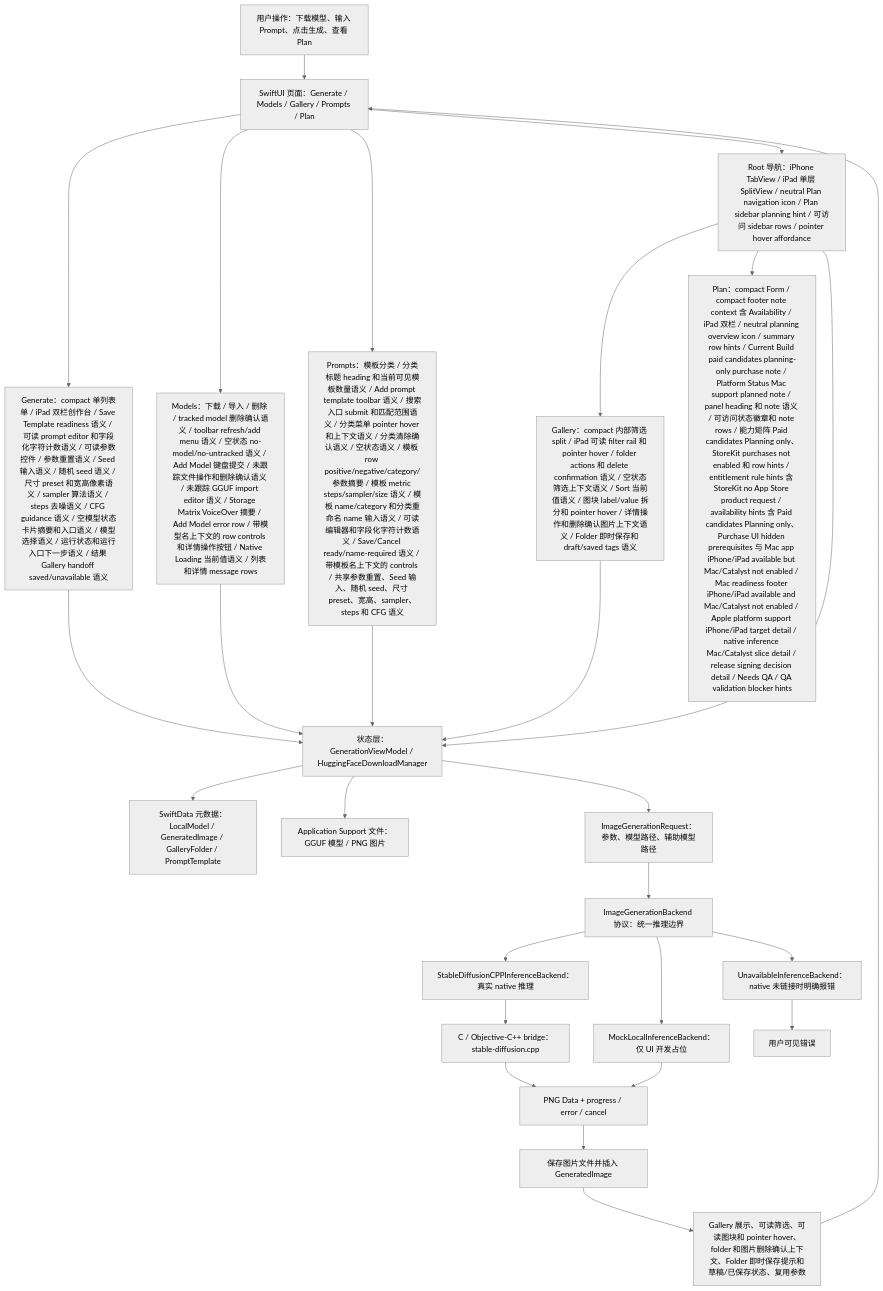
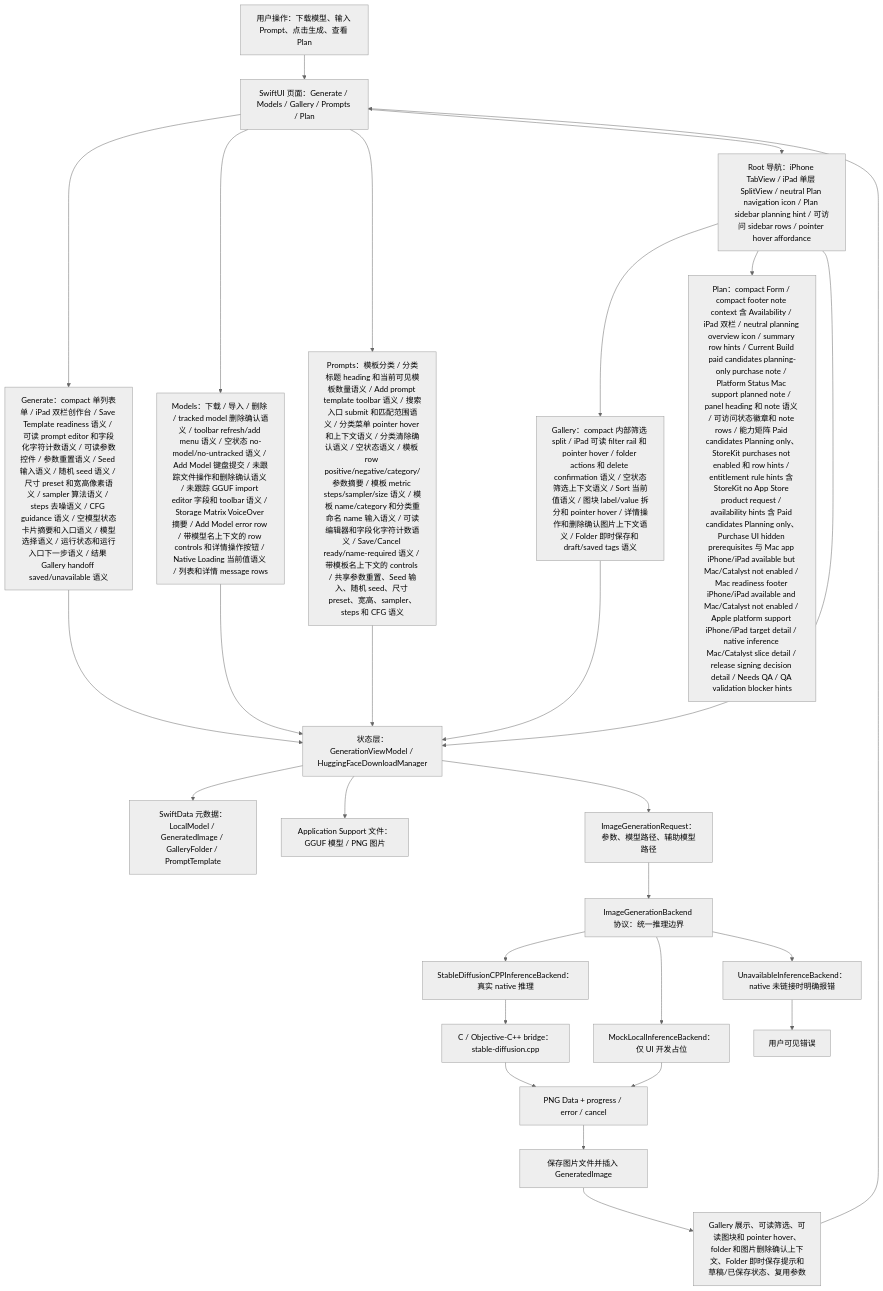
Before and after one commit to Altman-sam114/118: the first of 7 diagrams in md/flow/flowchart.md, drawn with Mermaid (neutral theme). The commit also changed other lines of this file and 5 other files, not shown here.

First line of the commit message:
v1.106: Models untracked import field semantics

````diff
--- a/md/flow/flowchart.md
+++ b/md/flow/flowchart.md
@@ -9,29 +9,29 @@
 ```mermaid
 flowchart TD
   U["用户操作：下载模型、输入 Prompt、点击生成、查看 Plan"] --> UI["SwiftUI 页面：Generate / Models / Gallery / Prompts / Plan"]
   UI --> GENUI["Generate：compact 单列表单 / iPad 双栏创作台 / Save Template readiness 语义 / 可读 prompt editor 和字段化字符计数语义 / 可读参数控件 / 参数重置语义 / Seed 输入语义 / 随机 seed 语义 / 尺寸 preset 和宽高像素语义 / sampler 算法语义 / steps 去噪语义 / CFG guidance 语义 / 空模型状态卡片摘要和入口语义 / 模型选择语义 / 运行状态和运行入口下一步语义 / 结果 Gallery handoff saved/unavailable 语义"]
-  UI --> MODELUI["Models：下载 / 导入 / 删除 / tracked model 删除确认语义 / toolbar refresh/add menu 语义 / 空状态 no-model/no-untracked 语义 / Add Model 键盘提交 / 未跟踪文件操作和删除确认语义 / 未跟踪 GGUF import editor 语义 / Storage Matrix VoiceOver 摘要 / Add Model error row / 带模型名上下文的 row controls 和详情操作按钮 / Native Loading 当前值语义 / 列表和详情 message rows"]
+  UI --> MODELUI["Models：下载 / 导入 / 删除 / tracked model 删除确认语义 / toolbar refresh/add menu 语义 / 空状态 no-model/no-untracked 语义 / Add Model 键盘提交 / 未跟踪文件操作和删除确认语义 / 未跟踪 GGUF import editor 字段和 toolbar 语义 / Storage Matrix VoiceOver 摘要 / Add Model error row / 带模型名上下文的 row controls 和详情操作按钮 / Native Loading 当前值语义 / 列表和详情 message rows"]
   UI --> PROMPTUI["Prompts：模板分类 / 分类标题 heading 和当前可见模板数量语义 / Add prompt template toolbar 语义 / 搜索入口 submit 和匹配范围语义 / 分类菜单 pointer hover 和上下文语义 / 分类清除确认语义 / 空状态语义 / 模板 row positive/negative/category/参数摘要 / 模板 metric steps/sampler/size 语义 / 模板 name/category 和分类重命名 name 输入语义 / 可读编辑器和字段化字符计数语义 / Save/Cancel ready/name-required 语义 / 带模板名上下文的 controls / 共享参数重置、Seed 输入、随机 seed、尺寸 preset、宽高、sampler、steps 和 CFG 语义"]
   UI --> NAV["Root 导航：iPhone TabView / iPad 单层 SplitView / neutral Plan navigation icon / Plan sidebar planning hint / 可访问 sidebar rows / pointer hover affordance"]
   NAV --> GALUI["Gallery：compact 内部筛选 split / iPad 可读 filter rail 和 pointer hover / folder actions 和 delete confirmation 语义 / 空状态筛选上下文语义 / Sort 当前值语义 / 图块 label/value 拆分和 pointer hover / 详情操作和删除确认图片上下文语义 / Folder 即时保存和 draft/saved tags 语义"]
   NAV --> PLANUI["Plan：compact Form / compact footer note context 含 Availability / iPad 双栏 / neutral planning overview icon / summary row hints / Current Build paid candidates planning-only purchase note / Platform Status Mac support planned note / panel heading 和 note 语义 / 可访问状态徽章和 note rows / 能力矩阵 Paid candidates Planning only、StoreKit purchases not enabled 和 row hints / entitlement rule hints 含 StoreKit no App Store product request / availability hints 含 Paid candidates Planning only、Purchase UI hidden prerequisites 与 Mac app iPhone/iPad available but Mac/Catalyst not enabled / Mac readiness footer iPhone/iPad available and Mac/Catalyst not enabled / Apple platform support iPhone/iPad target detail / native inference Mac/Catalyst slice detail / release signing decision detail / Needs QA / QA validation blocker hints"]
   NAV --> VM["状态层：GenerationViewModel / HuggingFaceDownloadManager"]
   GENUI --> VM
   MODELUI --> VM
   PROMPTUI --> VM
   GALUI --> VM
   VM --> SD["SwiftData 元数据：LocalModel / GeneratedImage / GalleryFolder / PromptTemplate"]
   VM --> FS["Application Support 文件：GGUF 模型 / PNG 图片"]
   VM --> REQ["ImageGenerationRequest：参数、模型路径、辅助模型路径"]
   REQ --> IFACE["ImageGenerationBackend 协议：统一推理边界"]
   IFACE --> NATIVE["StableDiffusionCPPInferenceBackend：真实 native 推理"]
   IFACE --> MOCK["MockLocalInferenceBackend：仅 UI 开发占位"]
   IFACE --> OFF["UnavailableInferenceBackend：native 未链接时明确报错"]
   NATIVE --> BRIDGE["C / Objective-C++ bridge：stable-diffusion.cpp"]
   BRIDGE --> PNG["PNG Data + progress / error / cancel"]
   MOCK --> PNG
   OFF --> ERR["用户可见错误"]
   PNG --> SAVE["保存图片文件并插入 GeneratedImage"]
   SAVE --> GALLERY["Gallery 展示、可读筛选、可读图块和 pointer hover、folder 和图片删除确认上下文、Folder 即时保存提示和草稿/已保存状态、复用参数"]
   GALLERY --> UI
 ```
````
